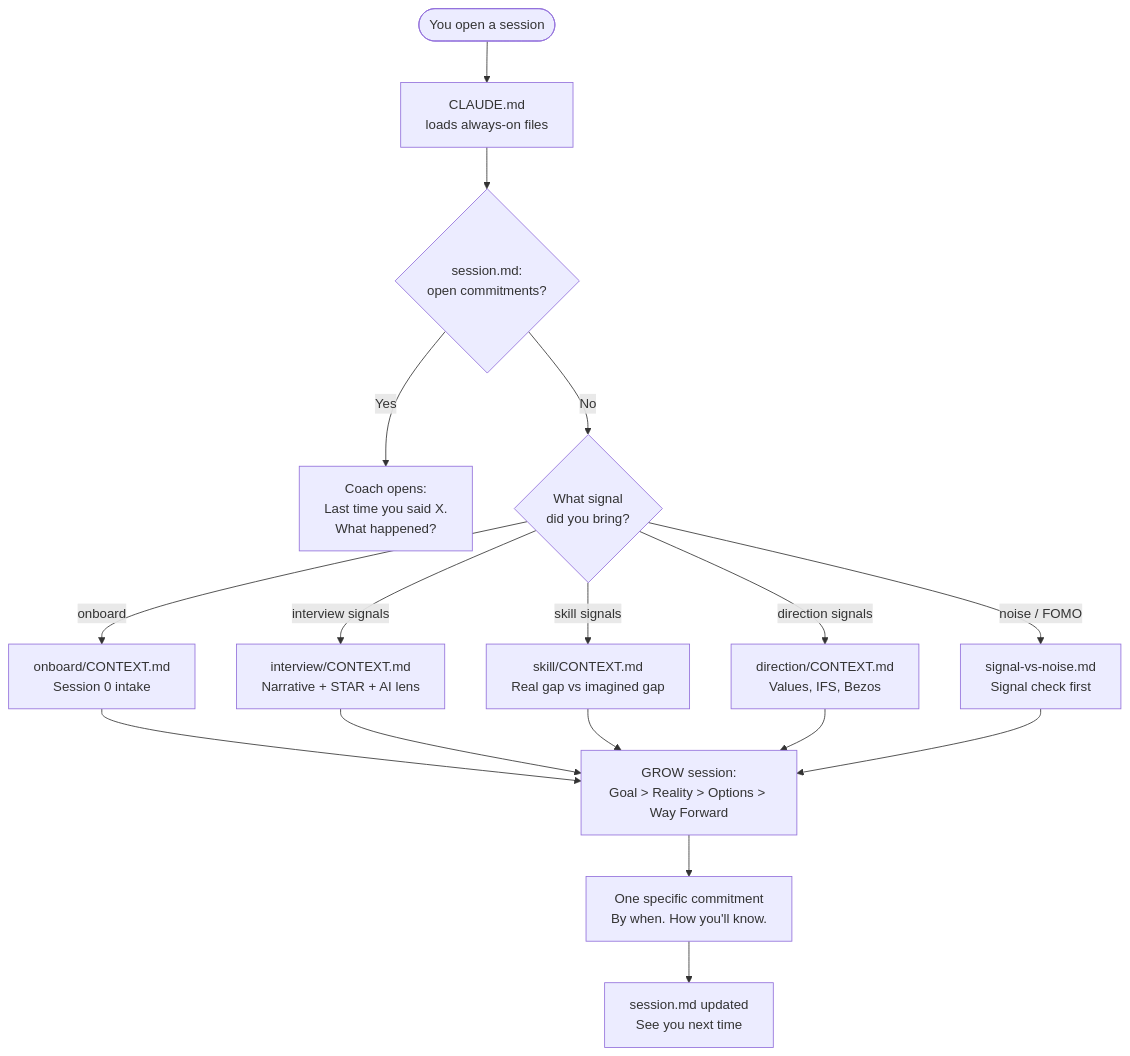
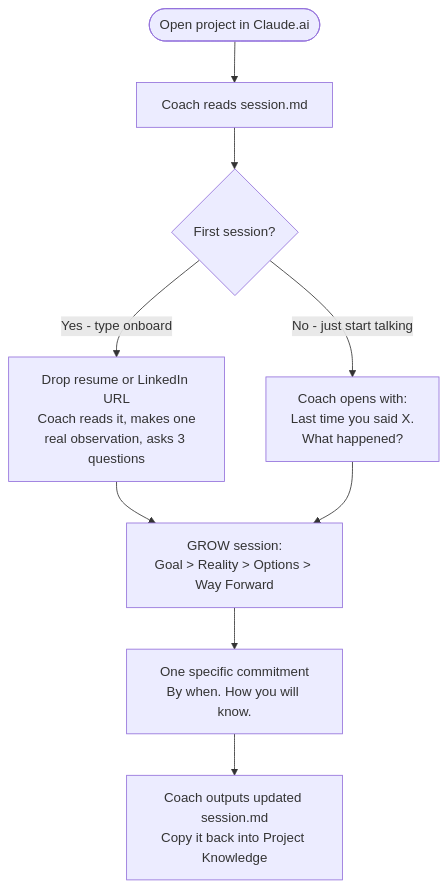
The first of 2 diagrams in README.md (qwikchoice/RelaunchPM), drawn with Mermaid before and after one commit. The commit also changed other lines of this file and 3 other files, not shown here.

First line of the commit message:
Add setup.sh, fix README, first-session detection, session 1 learnings

````diff
--- a/README.md
+++ b/README.md
@@ -11,15 +34,10 @@
 ```mermaid
 flowchart TD
-    A([You open a session]) --> B[CLAUDE.md\nloads always-on files]
-    B --> C{session.md:\nopen commitments?}
-    C -->|Yes| D[Coach opens:\nLast time you said X.\nWhat happened?]
-    C -->|No| E{What signal\ndid you bring?}
-    E -->|onboard| F[onboard/CONTEXT.md\nSession 0 intake]
-    E -->|interview signals| G[interview/CONTEXT.md\nNarrative + STAR + AI lens]
-    E -->|skill signals| H[skill/CONTEXT.md\nReal gap vs imagined gap]
-    E -->|direction signals| I[direction/CONTEXT.md\nValues, IFS, Bezos]
-    E -->|noise / FOMO| J[signal-vs-noise.md\nSignal check first]
-    F & G & H & I & J --> K[GROW session:\nGoal > Reality > Options > Way Forward]
-    K --> L[One specific commitment\nBy when. How you'll know.]
-    L --> M[session.md updated\nSee you next time]
+    A([Open project in Claude.ai]) --> B[Coach reads session.md]
+    B --> C{First session?}
+    C -->|Yes - type onboard| D[Drop resume or LinkedIn URL\nCoach reads it, makes one\nreal observation, asks 3 questions]
+    C -->|No - just start talking| E[Coach opens with:\nLast time you said X.\nWhat happened?]
+    D & E --> F[GROW session:\nGoal > Reality > Options > Way Forward]
+    F --> G[One specific commitment\nBy when. How you will know.]
+    G --> H[Coach outputs updated session.md\nCopy it back into Project Knowledge]
 ```
````
